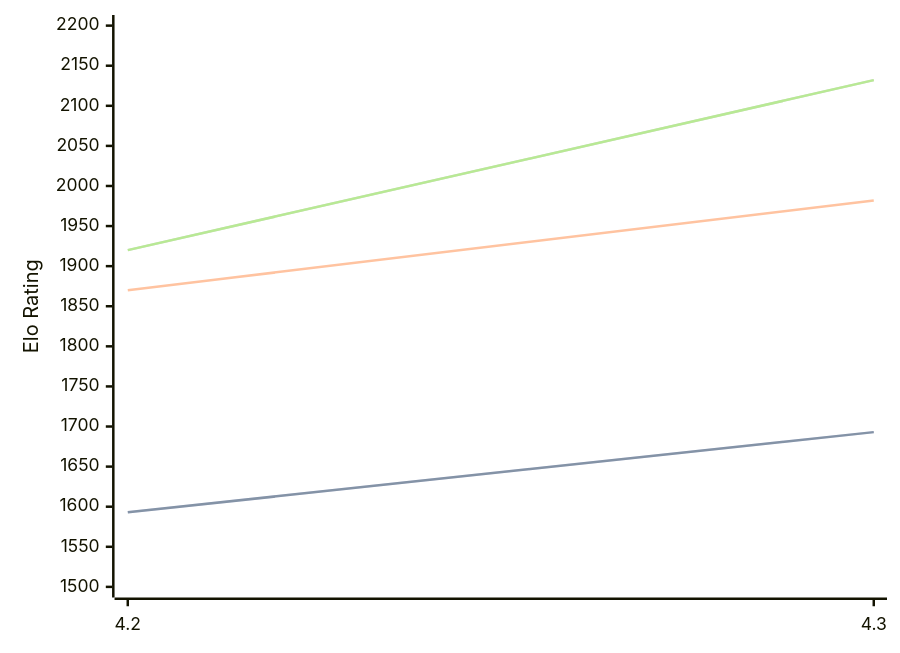
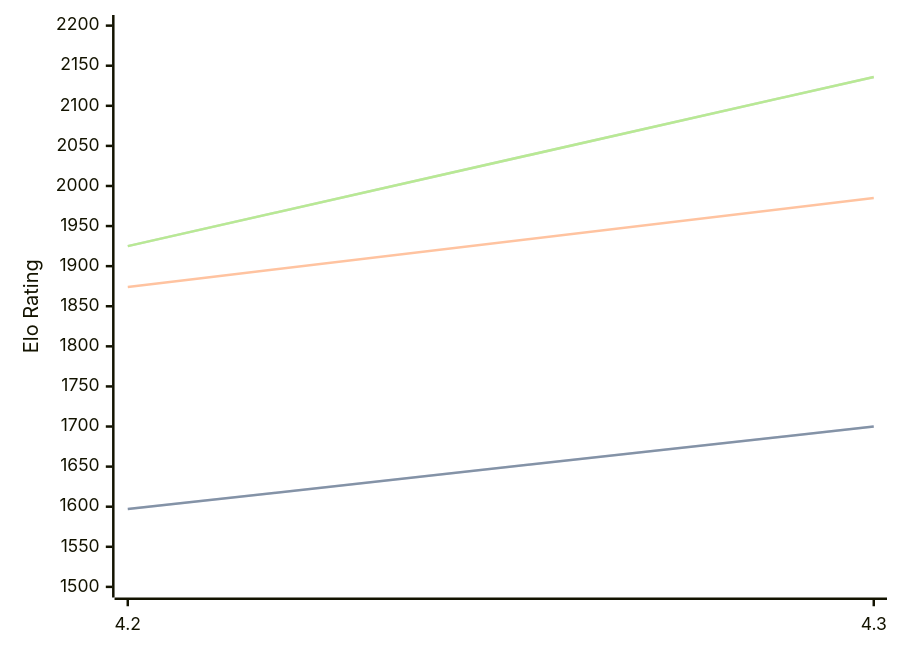
One commit to computer-chess-index/cci changed the diagram in engines/Radiance.md. Above: the diagram before and after it, drawn with Mermaid. The commit also changed other lines of this file, not shown here.

Commit message:
Update CCI Ratings (ELO VLTC) - 2026-04-18

````diff
--- a/engines/Radiance.md
+++ b/engines/Radiance.md
@@ -35,11 +35,11 @@
 ```mermaid
 %%{init: {"theme":"base","themeVariables":{"seriesColors:['#a3a3a3','#222221','#faa371']}}}%%
 xychart-beta
   x-axis ["4.2", "4.3"]
   y-axis "Elo Rating" 1500 --> 2200
-  line "STC (8.0+0.08s)" [1593, 1693]
-  line "STC (8.0+0.08s)" [1593, 1693]
-  line "LTC (60.0+0.60s)" [1870, 1982]
-  line "VLTC (2m24s+1.12s)" [1920, 2132]
-  line "VLTC (2m24s+1.12s)" [1920, 2132]
+  line "STC (8.0+0.08s)" [1597, 1700]
+  line "STC (8.0+0.08s)" [1597, 1700]
+  line "LTC (60.0+0.60s)" [1874, 1985]
+  line "VLTC (2m24s+1.12s)" [1925, 2136]
+  line "VLTC (2m24s+1.12s)" [1925, 2136]
 ```
````
